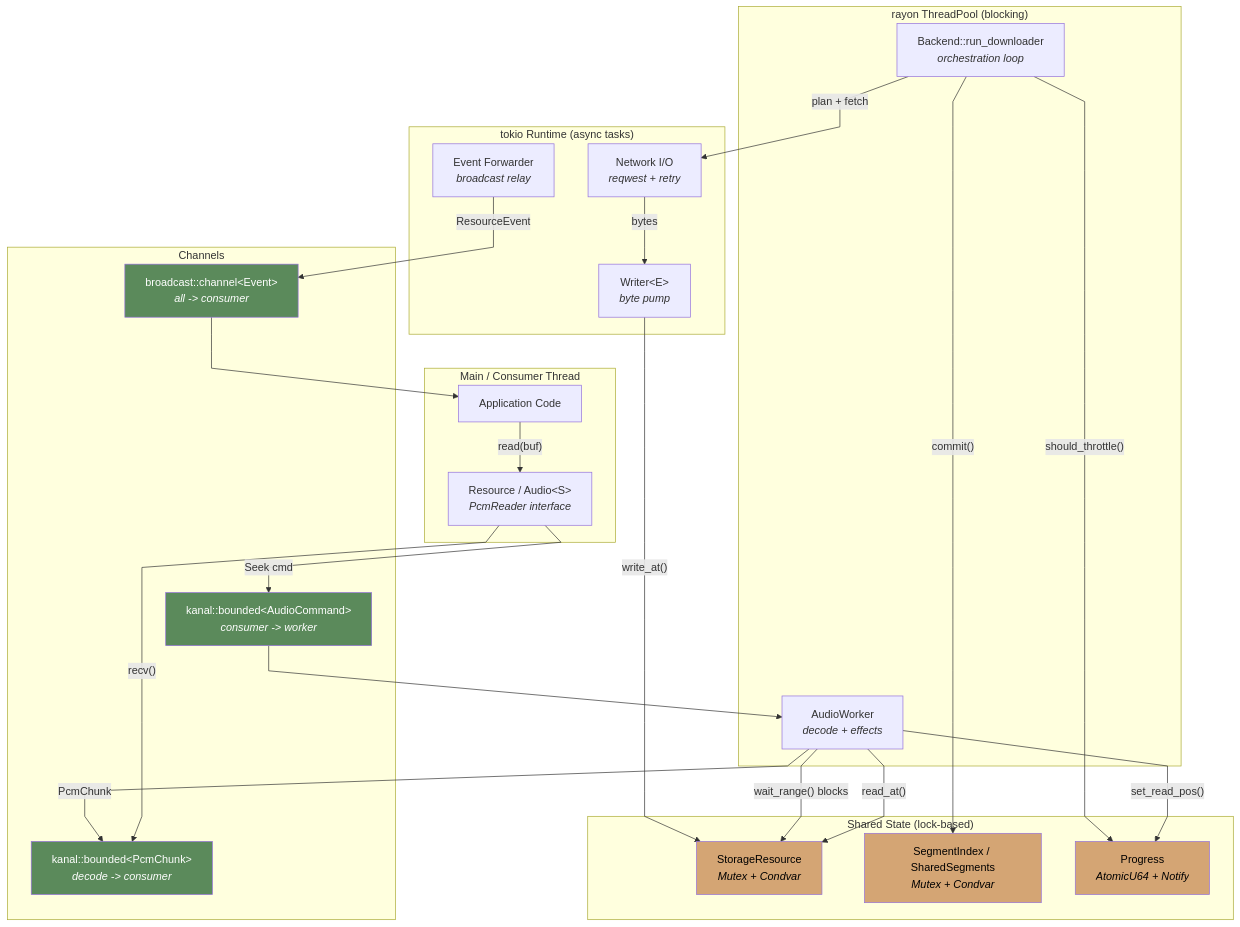
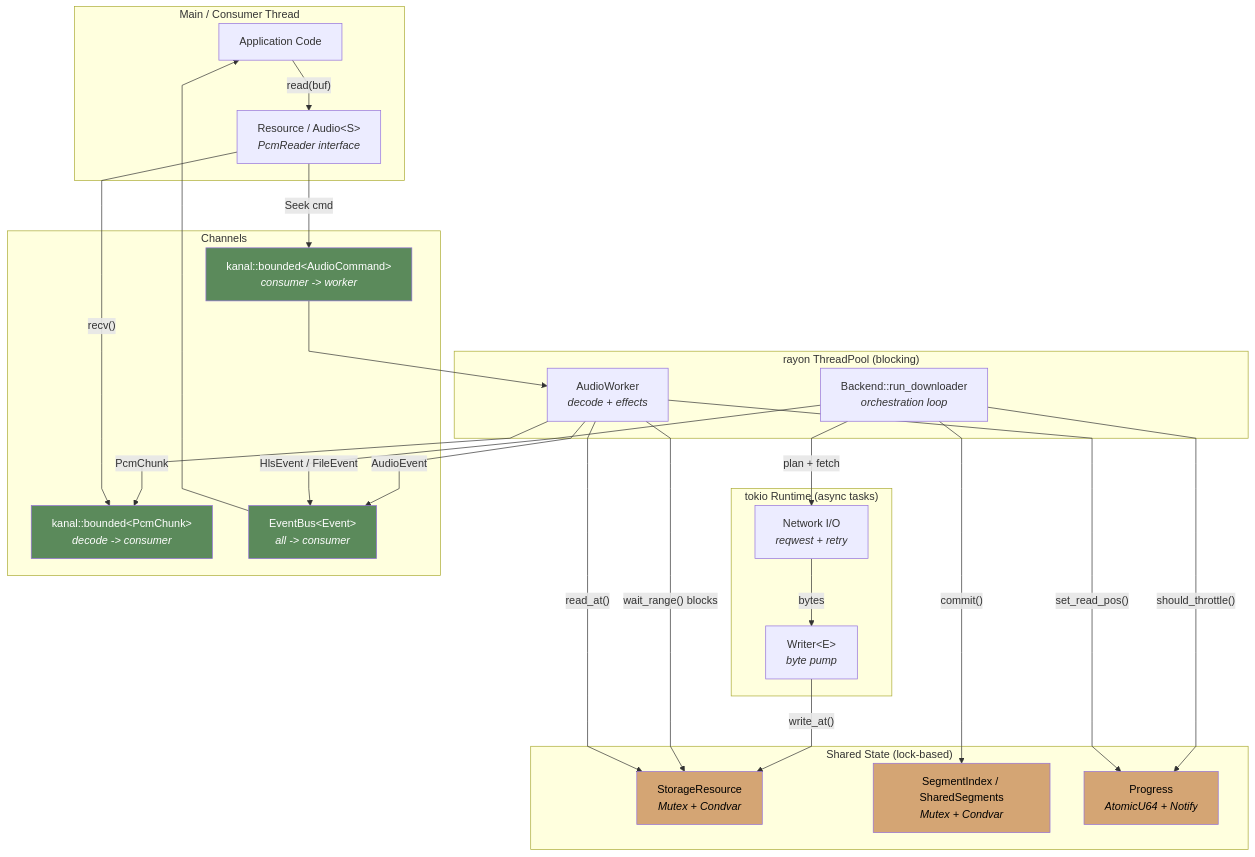
One commit to zvuk/kithara changed the diagram in crates/kithara-audio/README.md. Above: the diagram before and after it, drawn with Mermaid. The commit also changed other lines of this file and 106 other files, not shown here.

First line of the commit message:
feat: add kithara-events crate with unified EventBus

````diff
--- a/crates/kithara-audio/README.md
+++ b/crates/kithara-audio/README.md
@@ -40,58 +40,58 @@
 ```mermaid
 %%{init: {"flowchart": {"curve": "linear"}} }%%
 graph TB
     subgraph "Main / Consumer Thread"
         App["Application Code"]
         Resource["Resource / Audio&lt;S&gt;<br/><i>PcmReader interface</i>"]
         App -- "read(buf)" --> Resource
     end
 
     subgraph "tokio Runtime (async tasks)"
         NetTask["Network I/O<br/><i>reqwest + retry</i>"]
         WriterTask["Writer&lt;E&gt;<br/><i>byte pump</i>"]
-        EventFwd["Event Forwarder<br/><i>broadcast relay</i>"]
     end
 
     subgraph "rayon ThreadPool (blocking)"
         DLLoop["Backend::run_downloader<br/><i>orchestration loop</i>"]
         DecodeWorker["AudioWorker<br/><i>decode + effects</i>"]
     end
 
     subgraph "Shared State (lock-based)"
         StorageRes["StorageResource<br/><i>Mutex + Condvar</i>"]
         SegIdx["SegmentIndex / SharedSegments<br/><i>Mutex + Condvar</i>"]
         Progress["Progress<br/><i>AtomicU64 + Notify</i>"]
     end
 
     subgraph "Channels"
         PcmChan["kanal::bounded&lt;PcmChunk&gt;<br/><i>decode -> consumer</i>"]
         CmdChan["kanal::bounded&lt;AudioCommand&gt;<br/><i>consumer -> worker</i>"]
-        EventChan["broadcast::channel&lt;Event&gt;<br/><i>all -> consumer</i>"]
+        EventChan["EventBus&lt;Event&gt;<br/><i>all -> consumer</i>"]
     end
 
     DLLoop -- "plan + fetch" --> NetTask
     NetTask -- "bytes" --> WriterTask
     WriterTask -- "write_at()" --> StorageRes
     DLLoop -- "commit()" --> SegIdx
 
     DecodeWorker -- "wait_range() blocks" --> StorageRes
     DecodeWorker -- "read_at()" --> StorageRes
     DecodeWorker -- "PcmChunk" --> PcmChan
     Resource -- "recv()" --> PcmChan
 
     Resource -- "Seek cmd" --> CmdChan
     CmdChan --> DecodeWorker
 
-    EventFwd -- "ResourceEvent" --> EventChan
+    DecodeWorker -- "AudioEvent" --> EventChan
+    DLLoop -- "HlsEvent / FileEvent" --> EventChan
     EventChan --> App
 
     DLLoop -- "should_throttle()" --> Progress
     DecodeWorker -- "set_read_pos()" --> Progress
 
     style StorageRes fill:#d4a574,color:#000
     style SegIdx fill:#d4a574,color:#000
     style Progress fill:#d4a574,color:#000
     style PcmChan fill:#5b8a5b,color:#fff
     style CmdChan fill:#5b8a5b,color:#fff
     style EventChan fill:#5b8a5b,color:#fff
 ```
````
